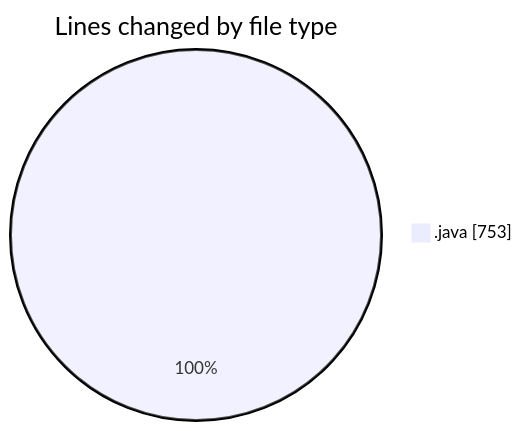
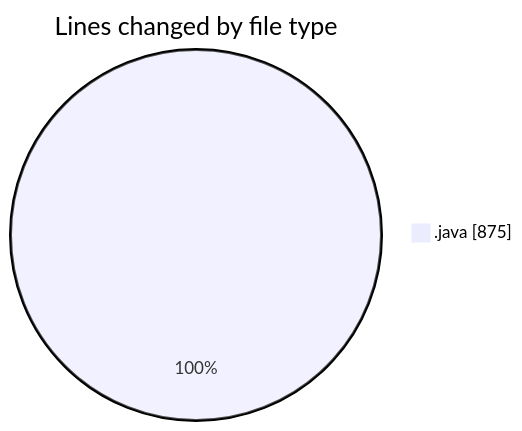
The first of 2 diagrams in 2025-02-20/gymmanager/README.md (Elitesun/code-tracking), drawn with Mermaid before and after one commit. The commit also changed other lines of this file and 1 other file, not shown here.

````diff
--- a/2025-02-20/gymmanager/README.md
+++ b/2025-02-20/gymmanager/README.md
@@ -21,5 +23,5 @@
 ```mermaid
 pie showData
 title Lines changed by file type
-".java" : 753
+".java" : 875
 ```
````
